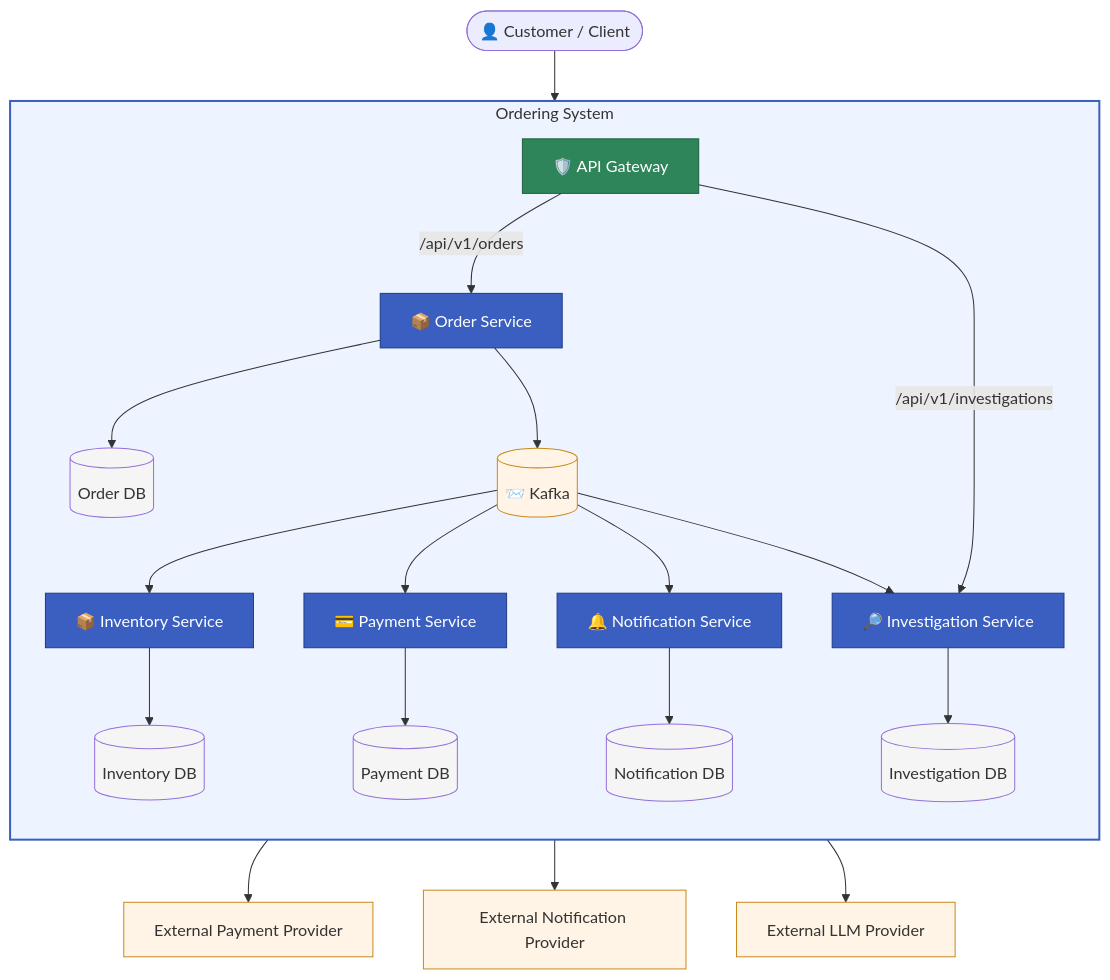
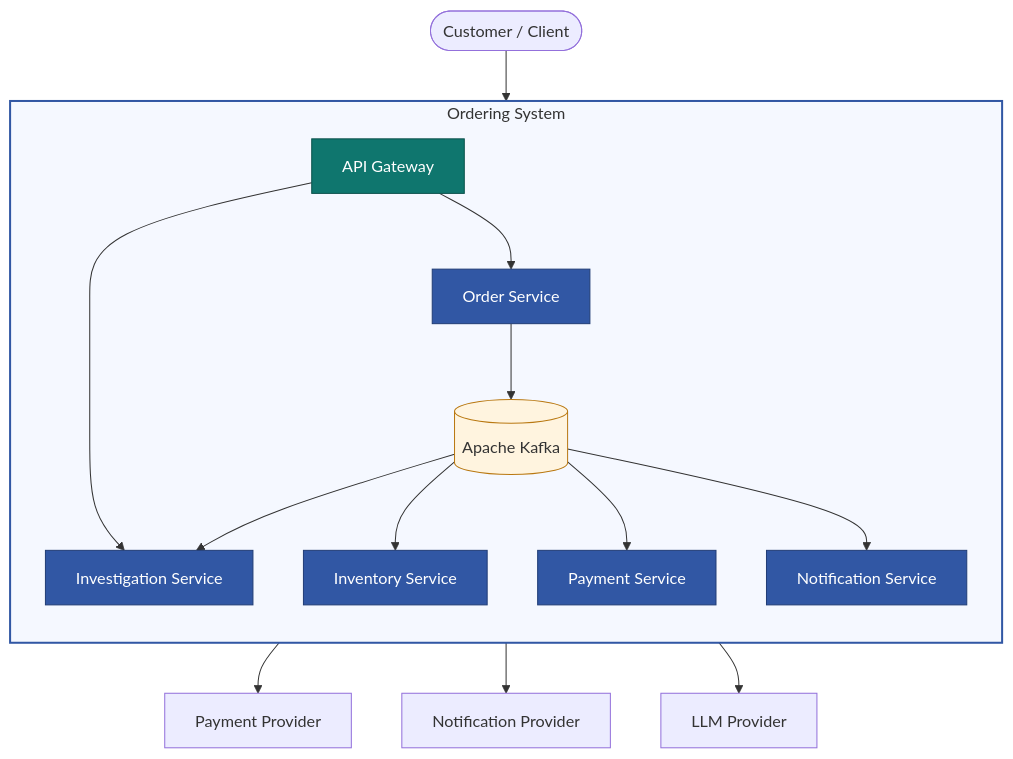
Before and after one commit to jusuftopic/microservices-order-system: the diagram in README.md, drawn with Mermaid. The commit also changed other lines of this file, not shown here.

````diff
--- a/README.md
+++ b/README.md
@@ -59,70 +35,42 @@
 ```mermaid
 flowchart TB
-    Client(["👤 Customer / Client"])
+    Client(["Customer / Client"])
 
     subgraph System["Ordering System"]
         direction TB
 
-        ApiGateway["🛡️ API Gateway"]
-        OrderService["📦 Order Service"]
+        Gateway["API Gateway"]
+        Order["Order Service"]
+        Inventory["Inventory Service"]
+        Payment["Payment Service"]
+        Notification["Notification Service"]
+        Investigation["Investigation Service"]
+        Kafka[("Apache Kafka")]
 
-        Kafka[("📨 Kafka")]
-
-        InventoryService["📦 Inventory Service"]
-        PaymentService["💳 Payment Service"]
-        NotificationService["🔔 Notification Service"]
-        InvestigationService["🔎 Investigation Service"]
-
-        OrderDb[("Order DB")]
-        InventoryDb[("Inventory DB")]
-        PaymentDb[("Payment DB")]
-        NotificationDb[("Notification DB")]
-        InvestigationDb[("Investigation DB")]
-
-        ApiGateway -->|"/api/v1/orders"| OrderService
-        ApiGateway -->|"/api/v1/investigations"| InvestigationService
-
-        OrderService --> OrderDb
-        InventoryService --> InventoryDb
-        PaymentService --> PaymentDb
-        NotificationService --> NotificationDb
-        InvestigationService --> InvestigationDb
-
-        OrderService --> Kafka
-        Kafka --> InventoryService
-        Kafka --> PaymentService
-        Kafka --> NotificationService
-        Kafka --> InvestigationService
+        Gateway --> Order
+        Gateway --> Investigation
+        Order --> Kafka
+        Kafka --> Inventory
+        Kafka --> Payment
+        Kafka --> Notification
+        Kafka --> Investigation
     end
 
-    PaymentProvider["External Payment Provider"]
-    NotificationProvider["External Notification Provider"]
-    LlmProvider["External LLM Provider"]
+    PaymentProvider["Payment Provider"]
+    NotificationProvider["Notification Provider"]
+    LLMProvider["LLM Provider"]
 
-    Client --> ApiGateway
+    Client --> Gateway
+    Payment --> PaymentProvider
+    Notification --> NotificationProvider
+    Investigation --> LLMProvider
 
-    PaymentService --> PaymentProvider
-    NotificationService --> NotificationProvider
-    InvestigationService --> LlmProvider
-
-    style System fill:#eef4ff,stroke:#3b5fc0,stroke-width:2px
-
-    style OrderService fill:#3b5fc0,stroke:#1f3a8a,color:#fff
-    style InventoryService fill:#3b5fc0,stroke:#1f3a8a,color:#fff
-    style PaymentService fill:#3b5fc0,stroke:#1f3a8a,color:#fff
-    style NotificationService fill:#3b5fc0,stroke:#1f3a8a,color:#fff
-    style InvestigationService fill:#3b5fc0,stroke:#1f3a8a,color:#fff
-    style ApiGateway fill:#2f855a,stroke:#1f5f40,color:#fff
-
-    style Kafka fill:#fff4e5,stroke:#c98a1c
-
-    style OrderDb fill:#f5f5f5
-    style InventoryDb fill:#f5f5f5
-    style PaymentDb fill:#f5f5f5
-    style NotificationDb fill:#f5f5f5
-    style InvestigationDb fill:#f5f5f5
-
-    style PaymentProvider fill:#fff4e5,stroke:#c98a1c
-    style NotificationProvider fill:#fff4e5,stroke:#c98a1c
-    style LlmProvider fill:#fff4e5,stroke:#c98a1c
+    style System fill:#f5f8ff,stroke:#3157a4,stroke-width:2px
+    style Gateway fill:#0f766e,stroke:#0b514b,color:#fff
+    style Kafka fill:#fff4df,stroke:#b97811
+    style Order fill:#3157a4,stroke:#213d76,color:#fff
+    style Inventory fill:#3157a4,stroke:#213d76,color:#fff
+    style Payment fill:#3157a4,stroke:#213d76,color:#fff
+    style Notification fill:#3157a4,stroke:#213d76,color:#fff
+    style Investigation fill:#3157a4,stroke:#213d76,color:#fff
 ```
````
